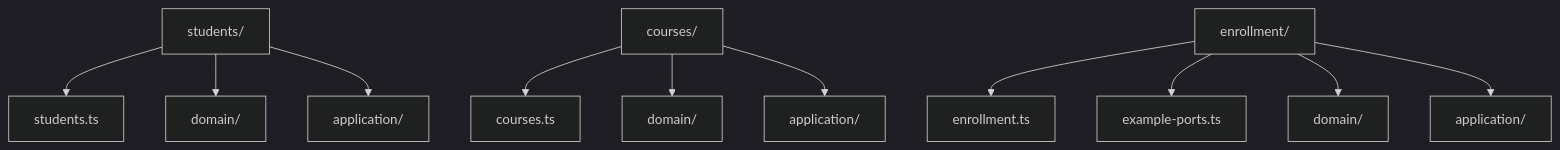
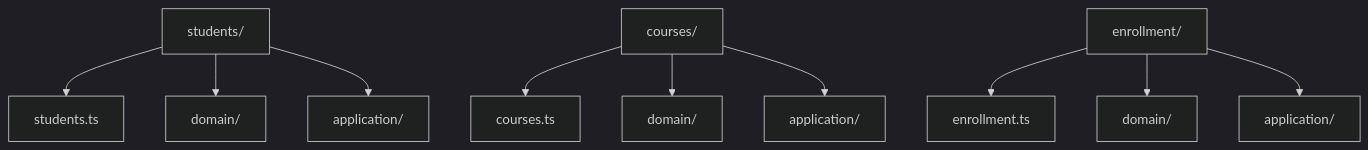
Before and after one commit to virtualitems/tshex-cli: the second of 2 diagrams in docs/context-ports.md, drawn with Mermaid (dark theme). The commit also changed other lines of this file and 6 other files, not shown here.

First line of the commit message:
docs: refine context architecture examples

````diff
--- a/docs/context-ports.md
+++ b/docs/context-ports.md
@@ -250,15 +250,14 @@
 ```mermaid
 flowchart TD
     students["students/"] --> roster["students.ts"]
     students --> studentsDomain["domain/"]
     students --> studentsApp["application/"]
 
     courses["courses/"] --> catalog["courses.ts"]
     courses --> coursesDomain["domain/"]
     courses --> coursesApp["application/"]
 
     enrollment["enrollment/"] --> enrollmentPort["enrollment.ts"]
-    enrollment --> examplePort["example-ports.ts"]
     enrollment --> enrollmentDomain["domain/"]
     enrollment --> enrollmentApp["application/"]
 ```
````
